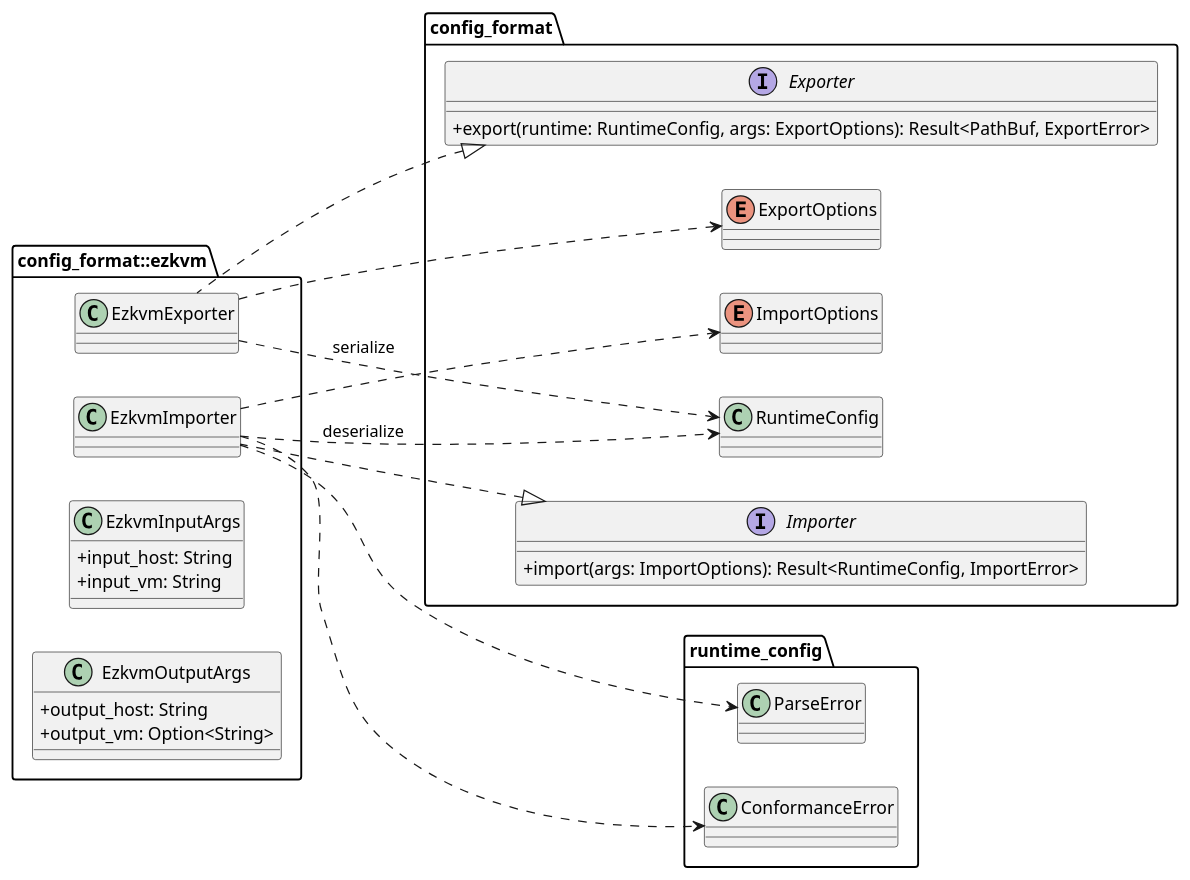
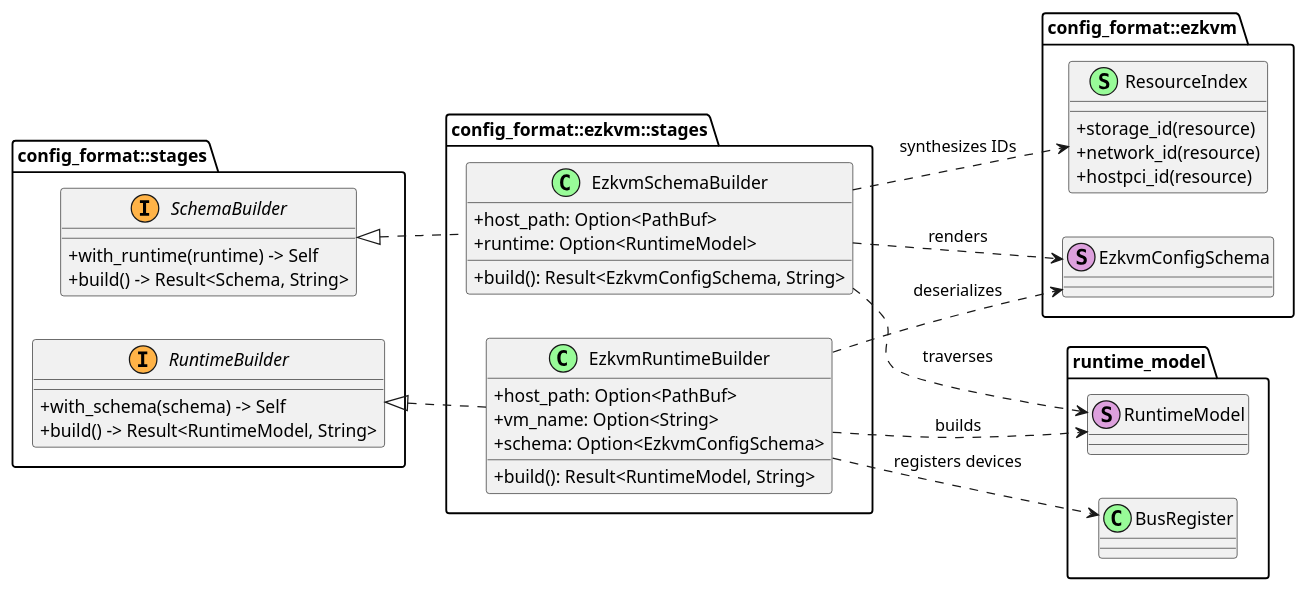
One commit to hurenkam/ezkvm changed the first of 4 diagrams in src/config_format/ezkvm/README.md. Above: the diagram before and after it, drawn with PlantUML. The commit also changed other lines of this file and 60 other files, not shown here.

````diff
--- a/src/config_format/ezkvm/README.md
+++ b/src/config_format/ezkvm/README.md
@@ -138,45 +222,54 @@
 ```plantuml
 @startuml
 left to right direction
 skinparam classAttributeIconSize 0
 
-package "config_format::ezkvm" {
-  class EzkvmImporter
-  class EzkvmExporter
-  class EzkvmInputArgs {
-    + input_host: String
-    + input_vm: String
+package "config_format::stages" {
+  interface RuntimeBuilder << (I,#FFB347) >> {
+    + with_schema(schema) -> Self
+    + build() -> Result<RuntimeModel, String>
   }
-  class EzkvmOutputArgs {
-    + output_host: String
-    + output_vm: Option<String>
+  interface SchemaBuilder << (I,#FFB347) >> {
+    + with_runtime(runtime) -> Self
+    + build() -> Result<Schema, String>
   }
 }
 
-package "config_format" {
-  interface Importer {
-    + import(args: ImportOptions): Result<RuntimeConfig, ImportError>
+package "config_format::ezkvm::stages" {
+  class EzkvmRuntimeBuilder << (C,#98FB98) >> {
+    + host_path: Option<PathBuf>
+    + vm_name: Option<String>
+    + schema: Option<EzkvmConfigSchema>
+    + build(): Result<RuntimeModel, String>
   }
-  interface Exporter {
-    + export(runtime: RuntimeConfig, args: ExportOptions): Result<PathBuf, ExportError>
+  class EzkvmSchemaBuilder << (C,#98FB98) >> {
+    + host_path: Option<PathBuf>
+    + runtime: Option<RuntimeModel>
+    + build(): Result<EzkvmConfigSchema, String>
   }
-  enum ImportOptions
-  enum ExportOptions
-  class RuntimeConfig
 }
 
-package "runtime_config" {
-  class ConformanceError
-  class ParseError
+package "config_format::ezkvm" {
+  class EzkvmConfigSchema << (S,#DDA0DD) >>
+  struct ResourceIndex << (S,#98FB98) >> {
+    + storage_id(resource)
+    + network_id(resource)
+    + hostpci_id(resource)
+  }
 }
 
-Importer <|.. EzkvmImporter
-Exporter <|.. EzkvmExporter
-EzkvmImporter ..> ImportOptions
-EzkvmExporter ..> ExportOptions
-EzkvmImporter ..> RuntimeConfig : deserialize
-EzkvmExporter ..> RuntimeConfig : serialize
-EzkvmImporter ..> ParseError
-EzkvmImporter ..> ConformanceError
+package "runtime_model" {
+  class RuntimeModel << (S,#DDA0DD) >>
+  class BusRegister << (C,#98FB98) >>
+}
+
+RuntimeBuilder <|.. EzkvmRuntimeBuilder
+SchemaBuilder <|.. EzkvmSchemaBuilder
+EzkvmRuntimeBuilder ..> EzkvmConfigSchema : deserializes
+EzkvmRuntimeBuilder ..> RuntimeModel : builds
+EzkvmRuntimeBuilder ..> BusRegister : registers devices
+EzkvmSchemaBuilder ..> RuntimeModel : traverses
+EzkvmSchemaBuilder ..> EzkvmConfigSchema : renders
+EzkvmSchemaBuilder ..> ResourceIndex : synthesizes IDs
 @enduml
 ```
````
